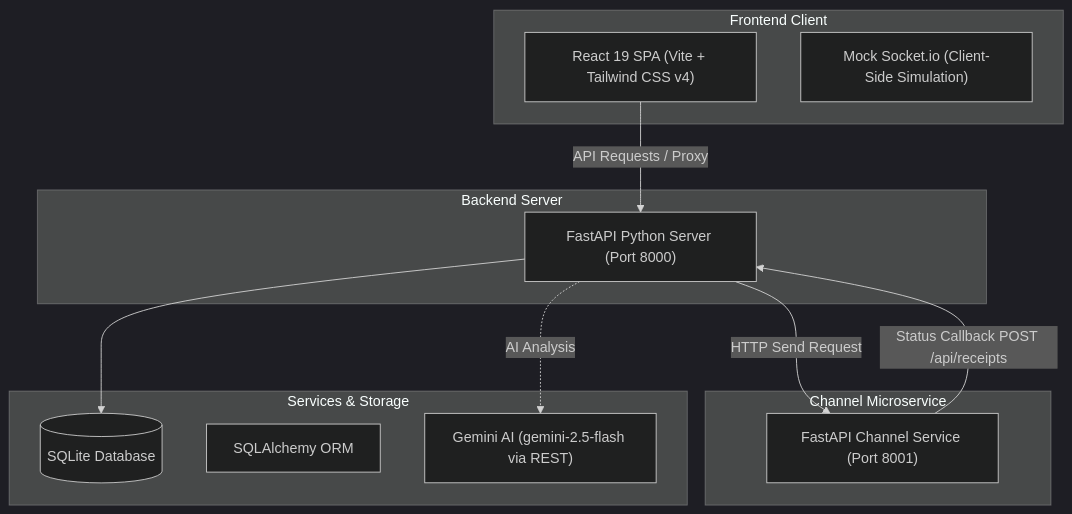
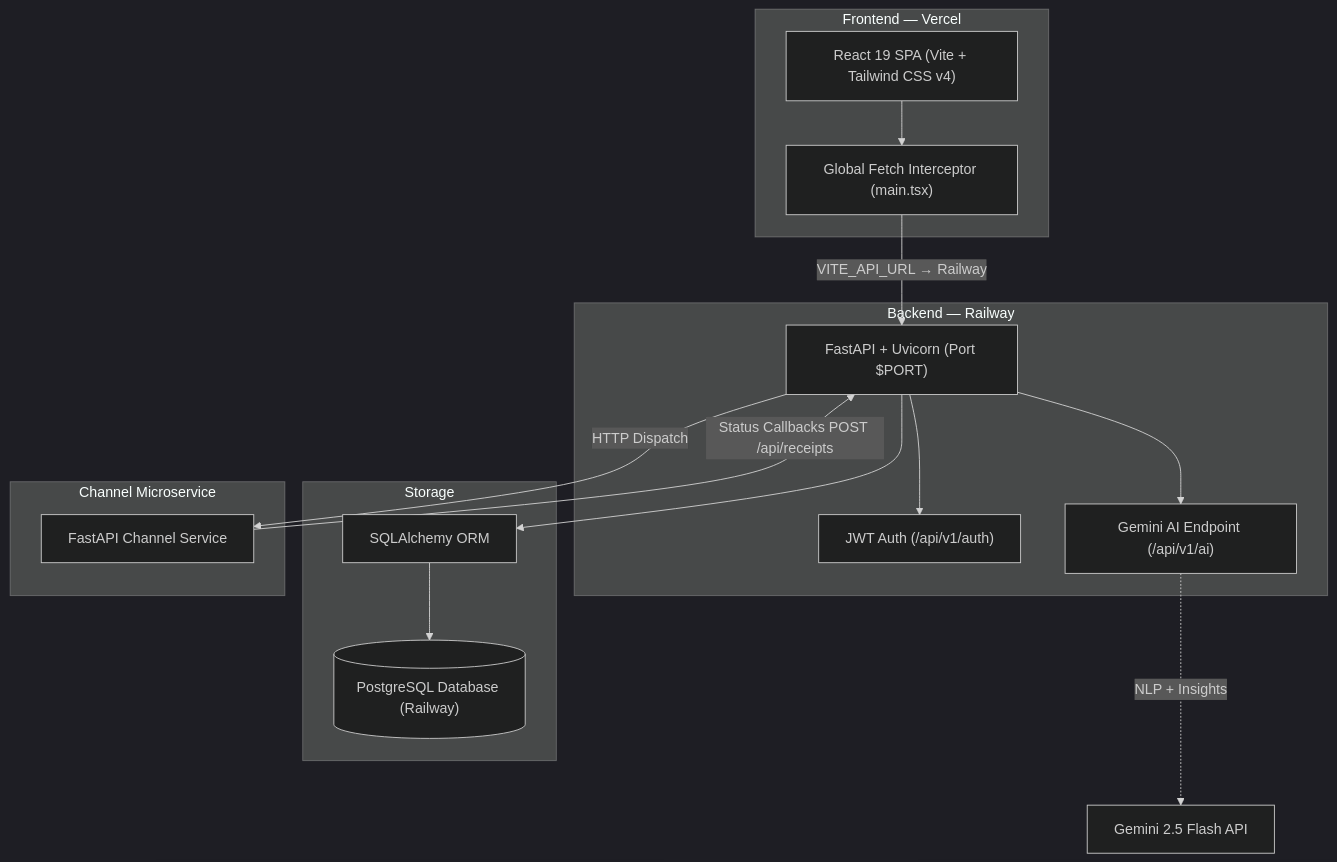
One commit to Rajan3103/Xeno-Assisgenement changed the diagram in README.md. Above: the diagram before and after it, drawn with Mermaid (dark theme). The commit also changed other lines of this file, not shown here.

Commit message:
docs: rewrite README with PostgreSQL, Railway/Vercel deployment, updated architecture

````diff
--- a/README.md
+++ b/README.md
@@ -19,27 +22,32 @@
 ```mermaid
 graph TD
-    subgraph Client ["Frontend Client"]
+    subgraph Client ["Frontend — Vercel"]
         UI["React 19 SPA (Vite + Tailwind CSS v4)"]
-        MockSocket["Mock Socket.io (Client-Side Simulation)"]
+        Interceptor["Global Fetch Interceptor (main.tsx)"]
     end
 
-    subgraph Server ["Backend Server"]
-        FastAPI["FastAPI Python Server (Port 8000)"]
+    subgraph Server ["Backend — Railway"]
+        FastAPI["FastAPI + Uvicorn (Port $PORT)"]
+        Auth["JWT Auth (/api/v1/auth)"]
+        AI["Gemini AI Endpoint (/api/v1/ai)"]
+    end
+
+    subgraph Storage ["Storage"]
+        PG[("PostgreSQL Database (Railway)")]
+        SQLAlchemy["SQLAlchemy ORM"]
     end
 
     subgraph Channel ["Channel Microservice"]
-        ChannelService["FastAPI Channel Service (Port 8001)"]
+        ChannelService["FastAPI Channel Service"]
     end
 
-    subgraph Storage ["Services & Storage"]
-        SQLite[("SQLite Database")]
-        SQLAlchemy["SQLAlchemy ORM"]
-        Gemini["Gemini AI (gemini-2.5-flash via REST)"]
-    end
-
-    UI -->|API Requests / Proxy| FastAPI
-    FastAPI --> SQLite
-    FastAPI -->|HTTP Send Request| ChannelService
-    ChannelService -->|Status Callback POST /api/receipts| FastAPI
-    FastAPI -.->|AI Analysis| Gemini
+    UI --> Interceptor
+    Interceptor -->|"VITE_API_URL → Railway"| FastAPI
+    FastAPI --> Auth
+    FastAPI --> AI
+    FastAPI --> SQLAlchemy
+    SQLAlchemy --> PG
+    FastAPI -->|"HTTP Dispatch"| ChannelService
+    ChannelService -->|"Status Callbacks POST /api/receipts"| FastAPI
+    AI -..->|"NLP + Insights"| Gemini["Gemini 2.5 Flash API"]
 ```
````
